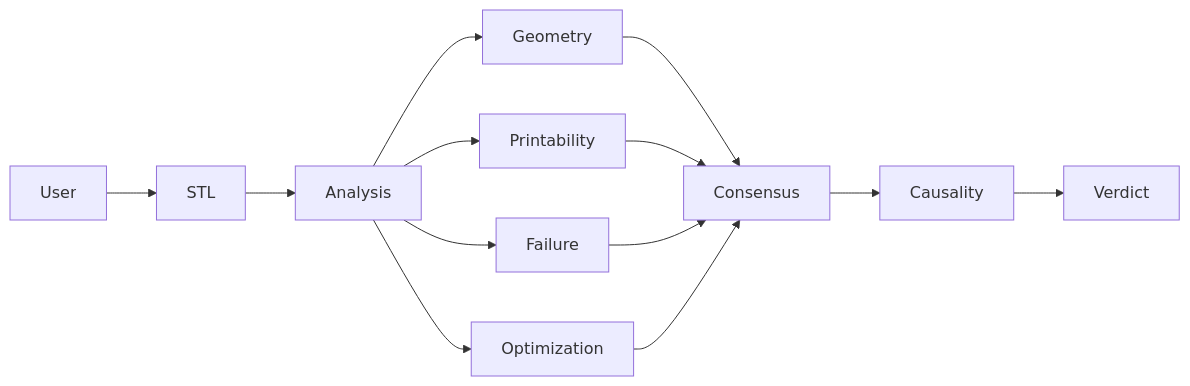
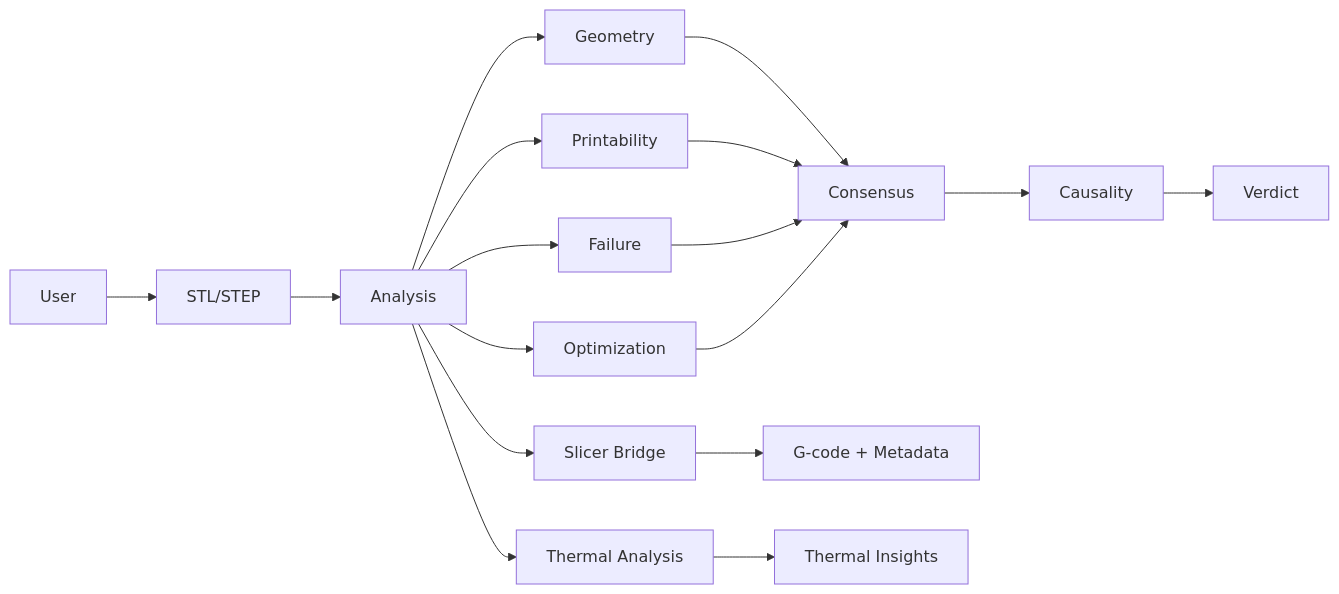
Before and after one commit to BougieZoe/3DP-Agent-: the diagram in README.md, drawn with Mermaid. The commit also changed other lines of this file, not shown here.

Commit message:
Documentation update with slicer, STEP, and thermal analysis

````diff
--- a/README.md
+++ b/README.md
@@ -131,21 +217,25 @@
 ```mermaid
 flowchart LR
 
-User --> STL
+User --> STL[STL/STEP]
 
 STL --> Analysis
 
 Analysis --> Geometry
 Analysis --> Printability
 Analysis --> Failure
 Analysis --> Optimization
+Analysis --> Slicer[Slicer Bridge]
+Analysis --> Thermal[Thermal Analysis]
 
 Geometry --> Consensus
 Printability --> Consensus
 Failure --> Consensus
 Optimization --> Consensus
+Slicer --> GCode[G-code + Metadata]
+Thermal --> ThermalResult[Thermal Insights]
 
 Consensus --> Causality
 
 Causality --> Verdict
 ```
````
